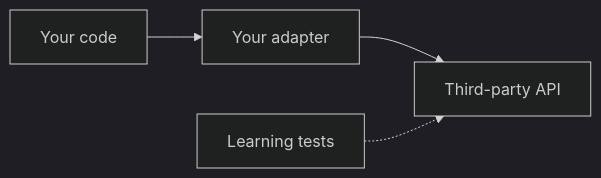
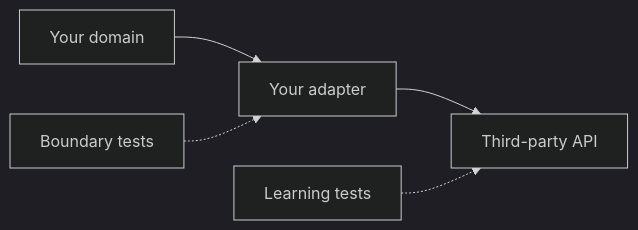
Before and after one commit to pmagnomuller/pmagnomuller.github.io: the diagram in _cleancode/ch08-boundaries.md, drawn with Mermaid (dark theme). The commit also changed other lines of this file and 28 other files, not shown here.

````diff
--- a/_cleancode/ch08-boundaries.md
+++ b/_cleancode/ch08-boundaries.md
@@ -19,6 +32,7 @@
 ```mermaid
 flowchart LR
-  App[Your code] --> Adapter[Your adapter]
+  App[Your domain] --> Adapter[Your adapter]
   Adapter --> Lib[Third-party API]
   Learn[Learning tests] -.-> Lib
+  Out[Boundary tests] -.-> Adapter
 ```
````
